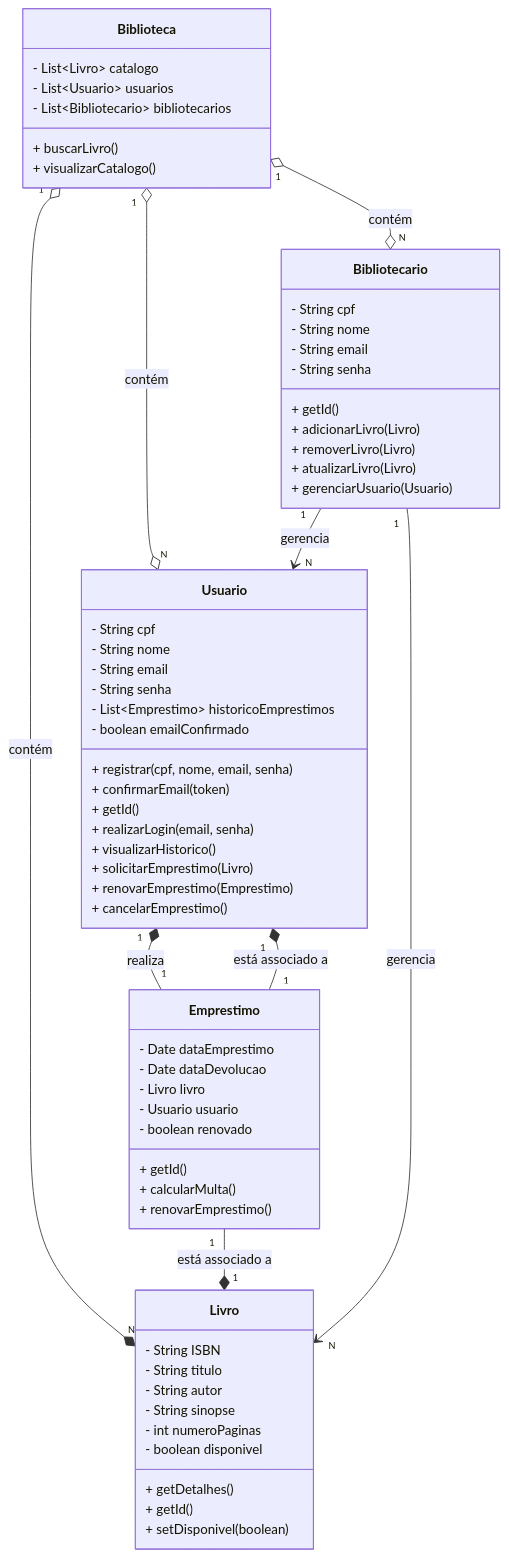
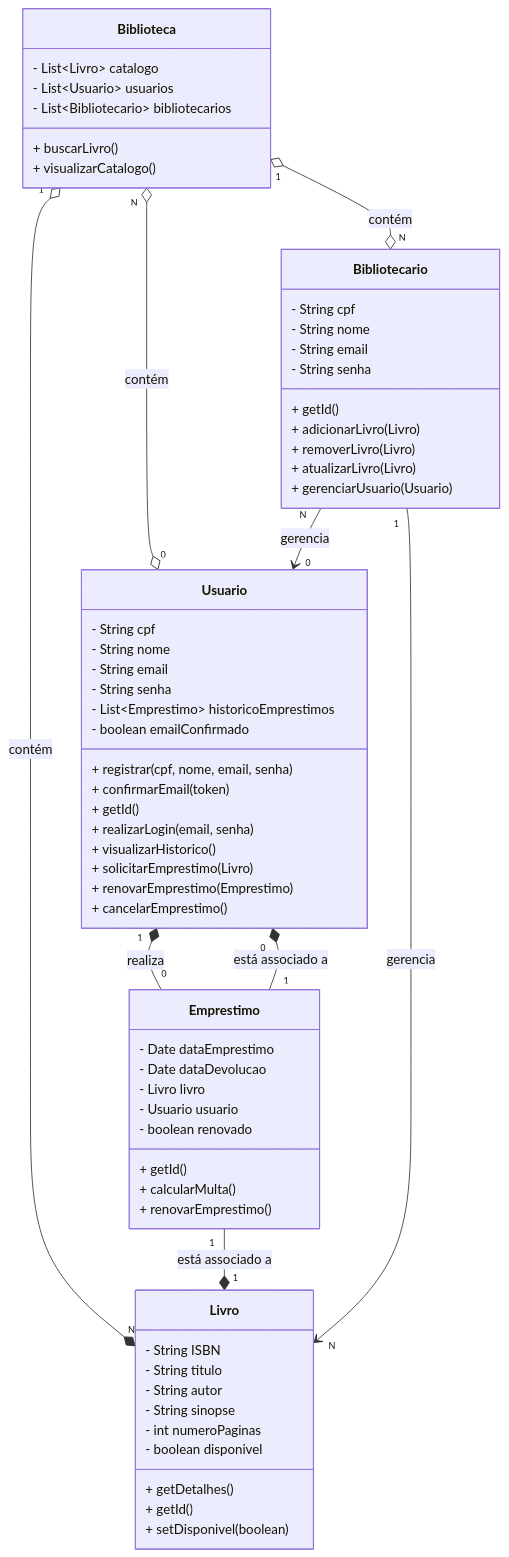
Before and after one commit to ROQUE100/Mapa-Engenharia-de-Software: the first of 2 diagrams in README.md, drawn with Mermaid.

Commit message:
Update README.md
atualizando realicionamentos

````diff
--- a/README.md
+++ b/README.md
@@ -61,73 +61,73 @@
 ```mermaid
 classDiagram
     class Biblioteca {
         - List~Livro~ catalogo
         - List~Usuario~ usuarios
         - List~Bibliotecario~ bibliotecarios
         + buscarLivro()
         + visualizarCatalogo()
     }
 
     class Livro {
         - String ISBN
         - String titulo
         - String autor
         - String sinopse
         - int numeroPaginas
         - boolean disponivel
         + getDetalhes()
         + getId()
         + setDisponivel(boolean)
     }
 
     class Usuario {
         - String cpf
         - String nome
         - String email
         - String senha
         - List~Emprestimo~ historicoEmprestimos
         - boolean emailConfirmado
         + registrar(cpf, nome, email, senha)
         + confirmarEmail(token)
         + getId()       
         + realizarLogin(email, senha) 
         + visualizarHistorico()
         + solicitarEmprestimo(Livro)
         + renovarEmprestimo(Emprestimo)
         + cancelarEmprestimo()   
                
     }
 
     class Bibliotecario {
         - String cpf
         - String nome
         - String email
         - String senha
         + getId()
         + adicionarLivro(Livro)
         + removerLivro(Livro)
         + atualizarLivro(Livro)
         + gerenciarUsuario(Usuario)        
     }
 
     class Emprestimo {
         - Date dataEmprestimo
         - Date dataDevolucao
         - Livro livro
         - Usuario usuario
         - boolean renovado
         + getId()
         + calcularMulta()
         + renovarEmprestimo()
     }
 
     Biblioteca "1" o--*"N" Livro : contém
-    Biblioteca "1" o--o"N" Usuario : contém
+    Biblioteca "N" o--o"0" Usuario : contém
     Biblioteca "1"o--o"N" Bibliotecario : contém
-    Usuario "1"*--"1" Emprestimo : realiza
-    Emprestimo "1"--*"1" Usuario : está associado a
+    Usuario "1"*--"0" Emprestimo : realiza
+    Emprestimo "1"--*"0" Usuario : está associado a
     Emprestimo "1"--*"1" Livro : está associado a
     Bibliotecario "1"-->"N" Livro : gerencia
-    Bibliotecario "1"-->"N" Usuario : gerencia   
+    Bibliotecario "N"-->"0" Usuario : gerencia   
 
 ```
````
